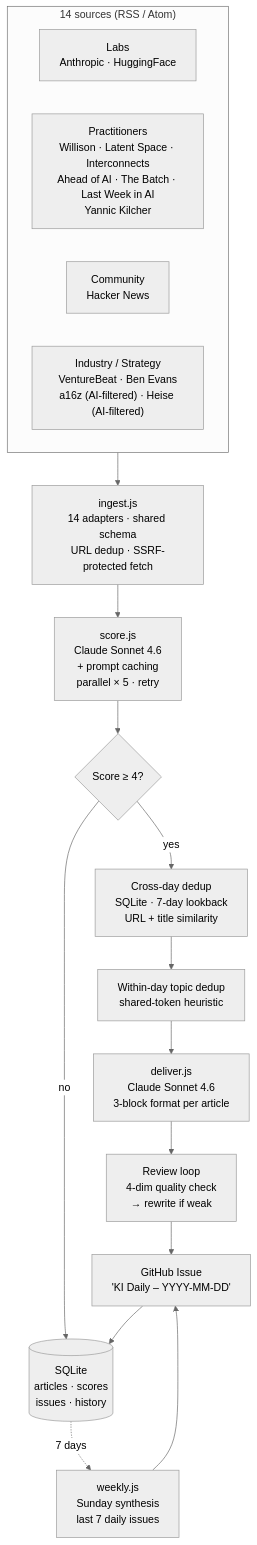
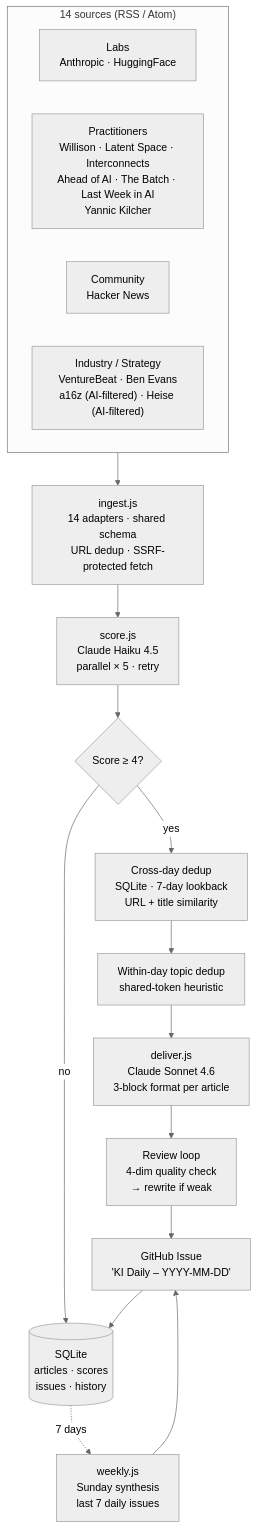
The diagram in README.md (kronprinzmagma/ki-news-aggregator), drawn with Mermaid (neutral theme) before and after one commit. The commit also changed other lines of this file and 5 other files, not shown here.

First line of the commit message:
feat: Score zurück auf Haiku, Few-Shots entfernt, 2 negative Feedback-Boxen

````diff
--- a/README.md
+++ b/README.md
@@ -48,26 +48,26 @@
 ```mermaid
 flowchart TD
     subgraph Sources["14 sources (RSS / Atom)"]
         S1["Labs<br/>Anthropic · HuggingFace"]
         S2["Practitioners<br/>Willison · Latent Space · Interconnects<br/>Ahead of AI · The Batch · Last Week in AI<br/>Yannic Kilcher"]
         S3["Community<br/>Hacker News"]
         S4["Industry / Strategy<br/>VentureBeat · Ben Evans<br/>a16z (AI-filtered) · Heise (AI-filtered)"]
     end
 
     Ingest["ingest.js<br/>14 adapters · shared schema<br/>URL dedup · SSRF-protected fetch"]
-    Score["score.js<br/>Claude Sonnet 4.6<br/>+ prompt caching<br/>parallel × 5 · retry"]
+    Score["score.js<br/>Claude Haiku 4.5<br/>parallel × 5 · retry"]
     Filter{"Score ≥ 4?"}
     XDay["Cross-day dedup<br/>SQLite · 7-day lookback<br/>URL + title similarity"]
     Topic["Within-day topic dedup<br/>shared-token heuristic"]
     Write["deliver.js<br/>Claude Sonnet 4.6<br/>3-block format per article"]
     Review["Review loop<br/>4-dim quality check<br/>→ rewrite if weak"]
     Issue["GitHub Issue<br/>'KI Daily – YYYY-MM-DD'"]
     Store[("SQLite<br/>articles · scores<br/>issues · history")]
     Weekly["weekly.js<br/>Sunday synthesis<br/>last 7 daily issues"]
 
     Sources --> Ingest --> Score --> Filter
     Filter -- yes --> XDay --> Topic --> Write --> Review --> Issue
     Filter -- no --> Store
     Issue --> Store
     Store -.7 days.-> Weekly --> Issue
 ```
````
